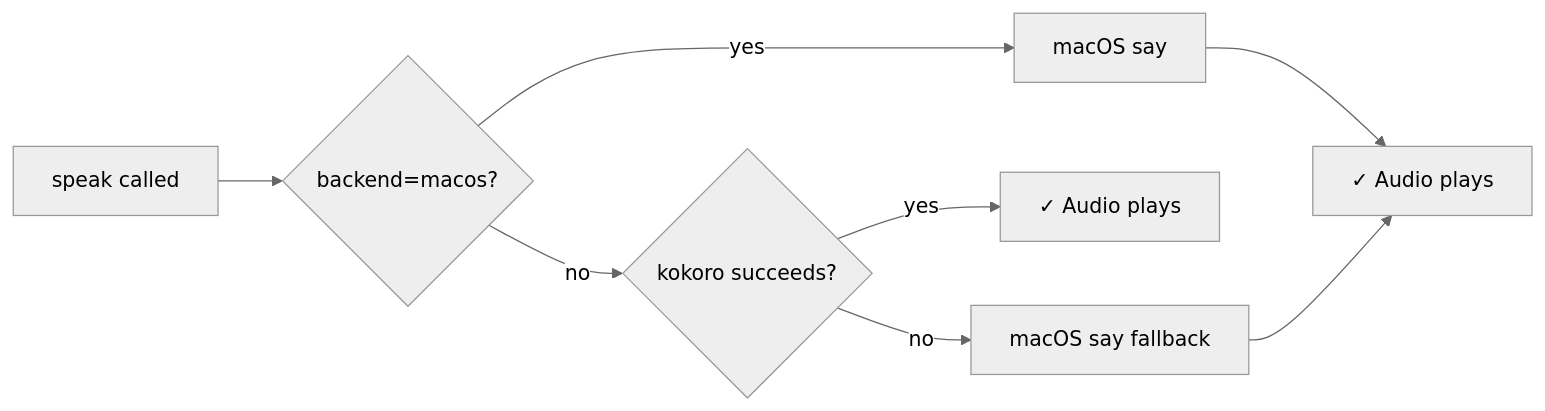
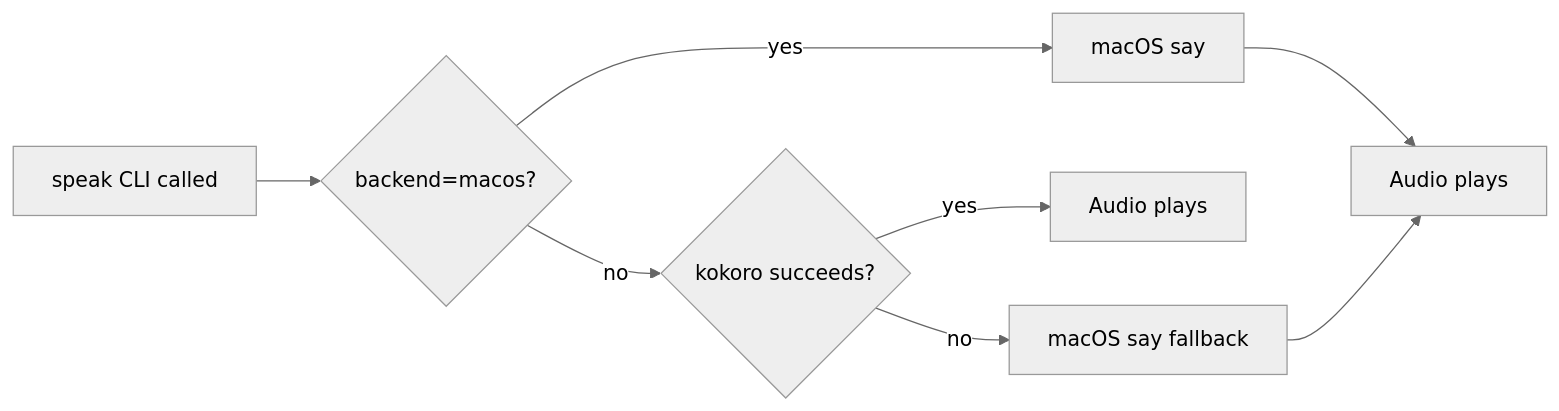
Before and after one commit to NetDevAutomate/Agent-Speaker: the third of 4 diagrams in docs/codemap.md, drawn with Mermaid (neutral theme). The commit also changed other lines of this file and 22 other files, not shown here.

First line of the commit message:
refactor: MCP-first architecture with shared engine, remove legacy wrapper

````diff
--- a/docs/codemap.md
+++ b/docs/codemap.md
@@ -70,10 +77,10 @@
 ```mermaid
 flowchart LR
-    A[speak called] --> B{backend=macos?}
+    A[speak CLI called] --> B{backend=macos?}
     B -->|yes| C[macOS say]
     B -->|no| D{kokoro succeeds?}
-    D -->|yes| E[✓ Audio plays]
+    D -->|yes| E[Audio plays]
     D -->|no| F[macOS say fallback]
-    C --> G[✓ Audio plays]
+    C --> G[Audio plays]
     F --> G
 ```
````
